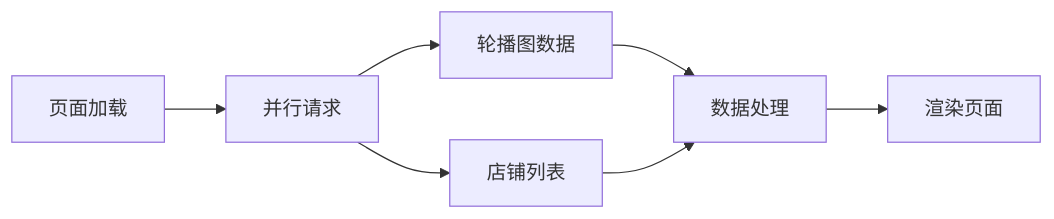
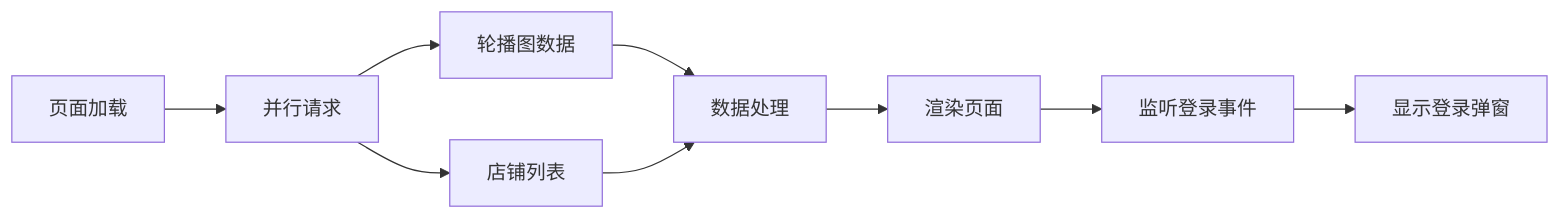
The sixth of 8 diagrams in .qoder/repowiki/zh/content/工具模块详解/HTTP请求封装器.md (crazyma99/blueberry), drawn with Mermaid before and after one commit. The commit also changed other lines of this file and 7 other files, not shown here.

````diff
--- a/.qoder/repowiki/zh/content/工具模块详解/HTTP请求封装器.md
+++ b/.qoder/repowiki/zh/content/工具模块详解/HTTP请求封装器.md
@@ -313,9 +470,11 @@
 ```mermaid
 flowchart LR
 Load[页面加载] --> Parallel[并行请求]
 Parallel --> Banner[轮播图数据]
 Parallel --> Shops[店铺列表]
 Banner --> Process[数据处理]
 Shops --> Process
 Process --> Render[渲染页面]
+Render --> Listen[监听登录事件]
+Listen --> LoginPopup[显示登录弹窗]
 ```
````
